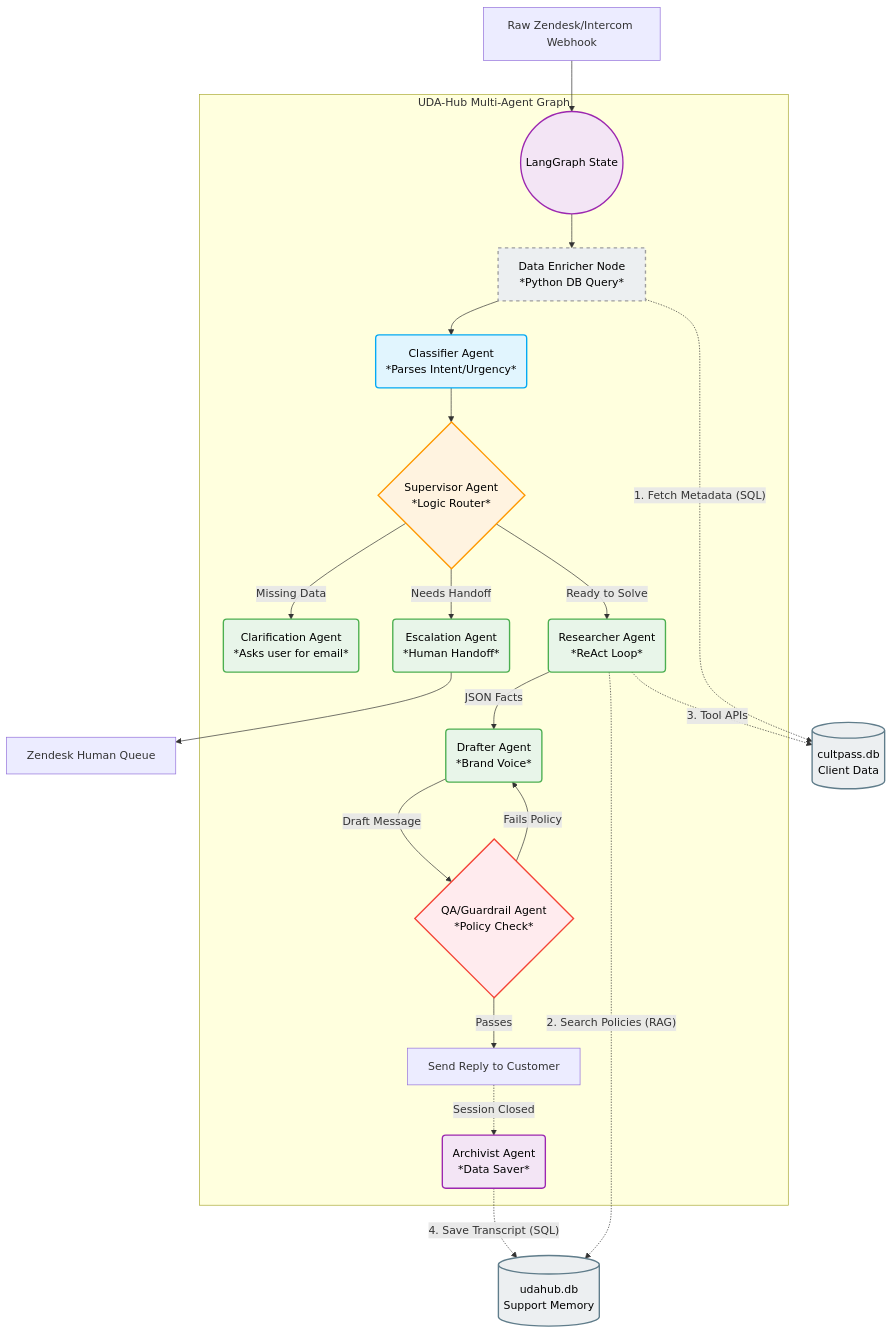
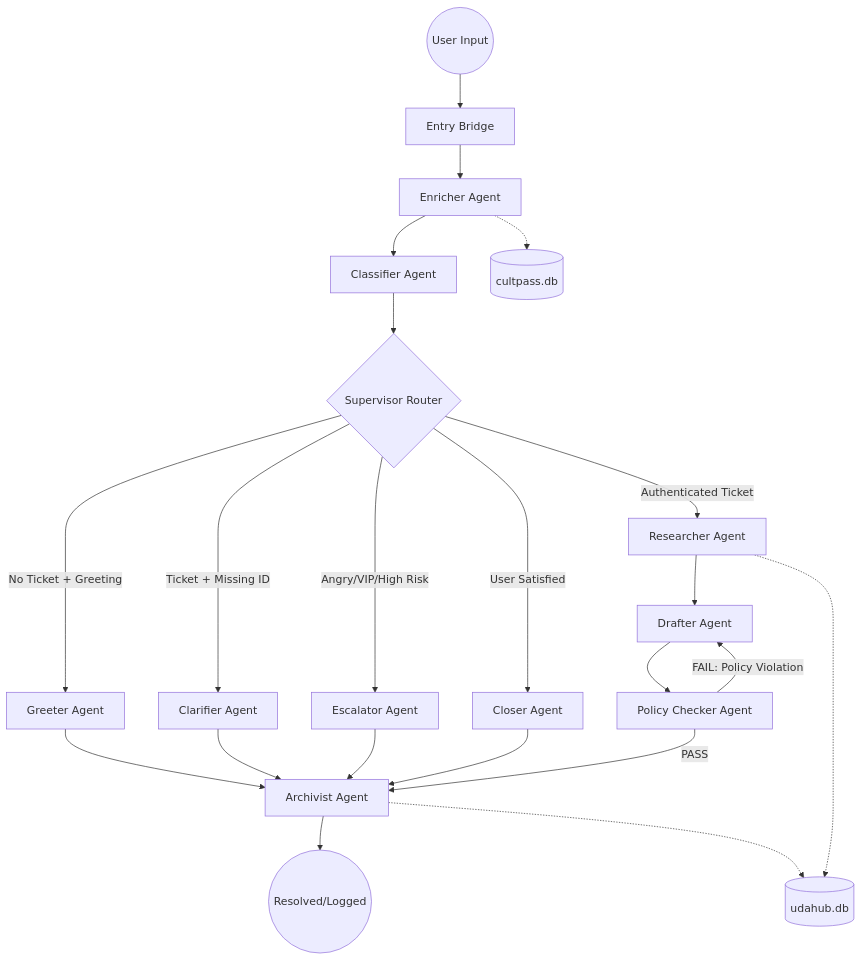
Before and after one commit to hsefati/uda_hub: the diagram in uda_hub/agentic/design/multi-agents-architecture.mermaid, drawn with Mermaid. The commit also changed 2 other files, not shown here.

```diff
--- a/uda_hub/agentic/design/multi-agents-architecture.mermaid
+++ b/uda_hub/agentic/design/multi-agents-architecture.mermaid
@@ -1,60 +1,36 @@
 graph TD
-    %% Styling Classes
-    classDef intake fill:#e1f5fe,stroke:#03a9f4,stroke-width:2px,color:#000
-    classDef router fill:#fff3e0,stroke:#ff9800,stroke-width:2px,color:#000
-    classDef worker fill:#e8f5e9,stroke:#4caf50,stroke-width:2px,color:#000
-    classDef safety fill:#ffebee,stroke:#f44336,stroke-width:2px,color:#000
-    classDef memory fill:#f3e5f5,stroke:#9c27b0,stroke-width:2px,color:#000
-    classDef db fill:#eceff1,stroke:#607d8b,stroke-width:2px,color:#000,shape:cylinder
-    classDef system fill:#eceff1,stroke:#9e9e9e,stroke-width:2px,stroke-dasharray: 5 5,color:#000
+    %% Entry Point
+    Start((User Input)) --> Bridge[Entry Bridge]
+    Bridge --> Enricher[Enricher Agent]
+    Enricher --> Classifier[Classifier Agent]
 
-    %% Databases
-    UDAHUB[(udahub.db<br/>Support Memory)]:::db
-    CULTPASS[(cultpass.db<br/>Client Data)]:::db
+    %% Router Logic
+    Classifier --> Supervisor{Supervisor Router}
 
-    %% Raw Input
-    Webhook[Raw Zendesk/Intercom Webhook] --> StateHub((LangGraph State)):::memory
+    %% Branching Paths
+    Supervisor -- "No Ticket + Greeting" --> Greeter[Greeter Agent]
+    Supervisor -- "Ticket + Missing ID" --> Clarifier[Clarifier Agent]
+    Supervisor -- "Angry/VIP/High Risk" --> Escalator[Escalator Agent]
+    Supervisor -- "User Satisfied" --> Closer[Closer Agent]
+    Supervisor -- "Authenticated Ticket" --> Researcher[Researcher Agent]
 
-    %% -------------------------
-    %% The 100% Encapsulated LangGraph
-    %% -------------------------
-    subgraph UDA-Hub Multi-Agent Graph
-        
-        %% 1. Deterministic System Node
-        Enricher[Data Enricher Node<br/>*Python DB Query*]:::system
-        
-        %% 2. AI Nodes
-        Classifier(Classifier Agent<br/>*Parses Intent/Urgency*):::intake
-        Supervisor{Supervisor Agent<br/>*Logic Router*}:::router
-        Clarification(Clarification Agent<br/>*Asks user for email*):::worker
-        Researcher(Researcher Agent<br/>*ReAct Loop*):::worker
-        Drafter(Drafter Agent<br/>*Brand Voice*):::worker
-        QA{QA/Guardrail Agent<br/>*Policy Check*}:::safety
-        Escalation(Escalation Agent<br/>*Human Handoff*):::worker
-        Archivist(Archivist Agent<br/>*Data Saver*):::memory
+    %% Main Automation Loop
+    Researcher --> Drafter[Drafter Agent]
+    Drafter --> QA[Policy Checker Agent]
 
-        %% Flow
-        StateHub --> Enricher
-        Enricher --> Classifier
-        Classifier --> Supervisor
-        
-        Supervisor -- "Missing Data" --> Clarification
-        Supervisor -- "Needs Handoff" --> Escalation
-        Supervisor -- "Ready to Solve" --> Researcher
-        
-        Researcher -- "JSON Facts" --> Drafter
-        Drafter -- "Draft Message" --> QA
-        
-        QA -- "Fails Policy" --> Drafter
-        QA -- "Passes" --> Output[Send Reply to Customer]
-        
-        Output -. "Session Closed" .-> Archivist
-    end
+    %% Self-Correction Loop
+    QA -- "FAIL: Policy Violation" --> Drafter
 
-    %% Database Connections (All internal to Graph now)
-    Enricher -. "1. Fetch Metadata (SQL)" .-> CULTPASS
-    Researcher -. "2. Search Policies (RAG)" .-> UDAHUB
-    Researcher -. "3. Tool APIs" .-> CULTPASS
-    Archivist -. "4. Save Transcript (SQL)" .-> UDAHUB
-    
-    Escalation --> HumanQueue[Zendesk Human Queue]
+    %% The 'All Roads Lead to Rome' Archive Pattern
+    Greeter --> Archivist[Archivist Agent]
+    Clarifier --> Archivist
+    Escalator --> Archivist
+    Closer --> Archivist
+    QA -- "PASS" --> Archivist
+
+    Archivist --> End((Resolved/Logged))
+
+    %% Data Connections
+    Researcher -.-> DB1[(udahub.db)]
+    Enricher -.-> DB2[(cultpass.db)]
+    Archivist -.-> DB1
```
